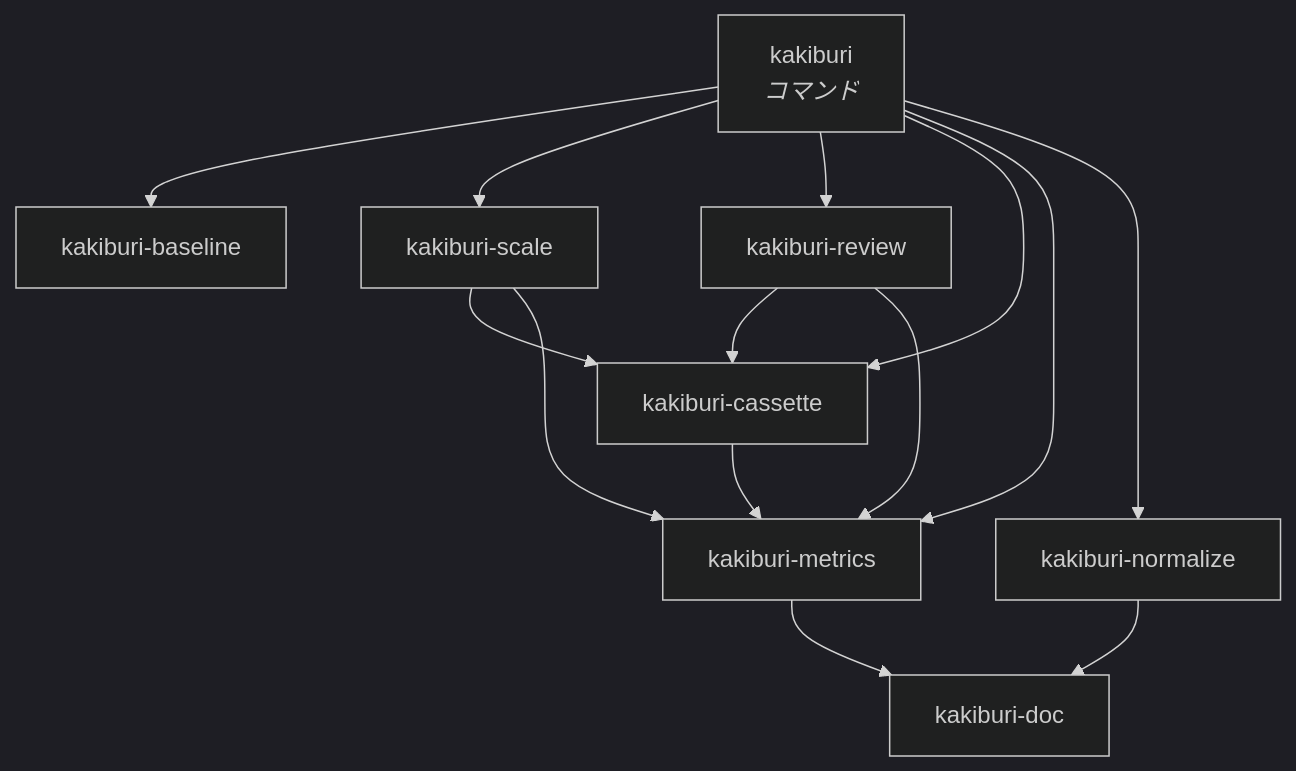
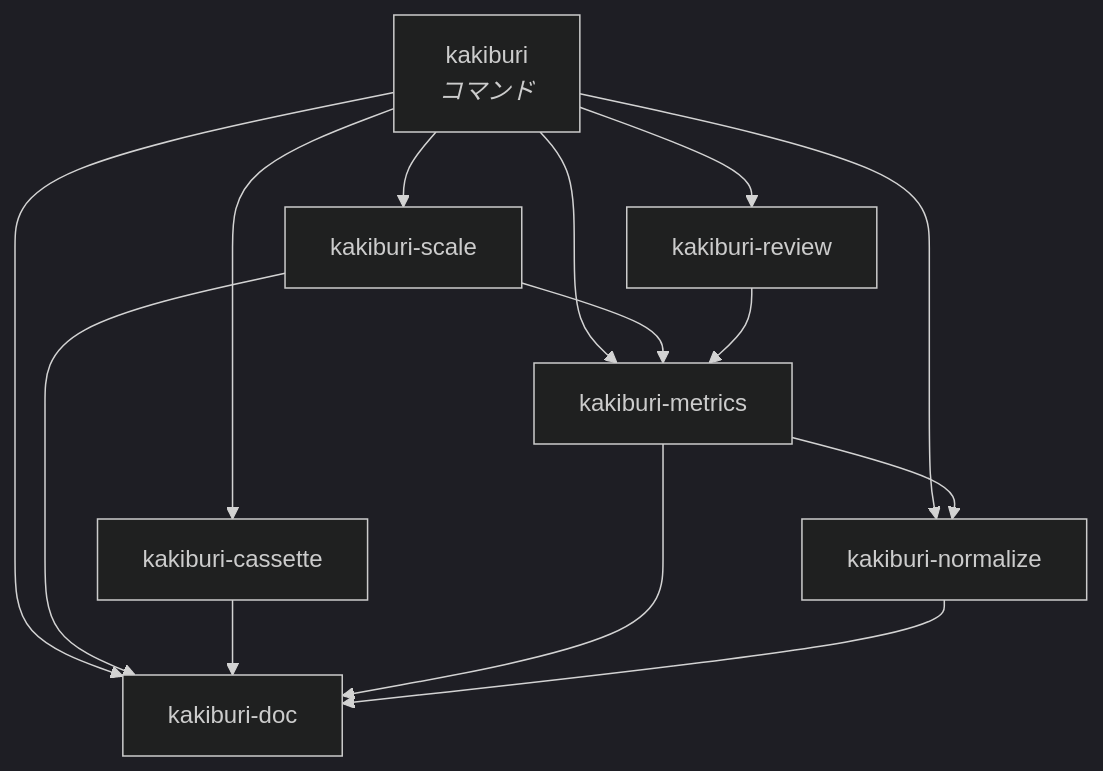
Before and after one commit to lambdalisue/kuchiyose: the second of 2 diagrams in docs/design/000-architecture.md, drawn with Mermaid (dark theme). The commit also changed other lines of this file and 2 other files, not shown here.

````diff
--- a/docs/design/000-architecture.md
+++ b/docs/design/000-architecture.md
@@ -169,25 +179,24 @@
 ```mermaid
 flowchart TB
     cli["kakiburi<br/><i>コマンド</i>"]
-    base["kakiburi-baseline"]
     scale["kakiburi-scale"]
     rev["kakiburi-review"]
     cas["kakiburi-cassette"]
     met["kakiburi-metrics"]
     norm["kakiburi-normalize"]
     doc["kakiburi-doc"]
 
-    cli --> base
     cli --> scale
     cli --> rev
     cli --> cas
     cli --> met
     cli --> norm
-    scale --> cas
+    cli --> doc
     scale --> met
-    rev --> cas
+    scale --> doc
     rev --> met
-    cas --> met
+    cas --> doc
+    met --> norm
     met --> doc
     norm --> doc
 ```
````
